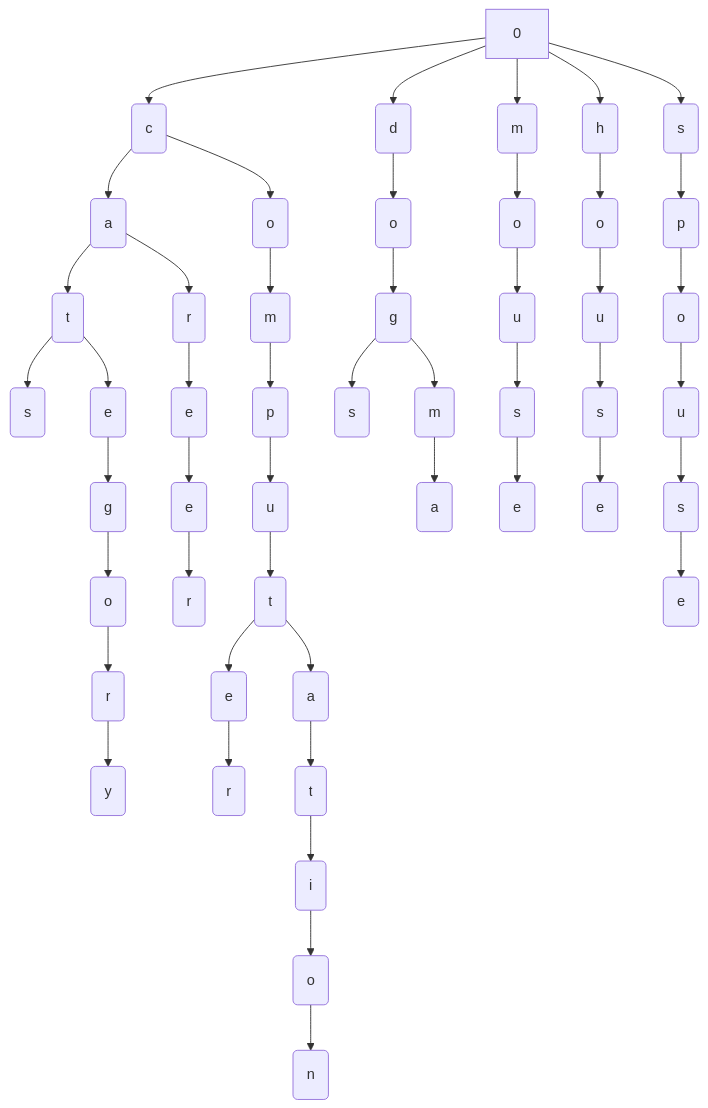
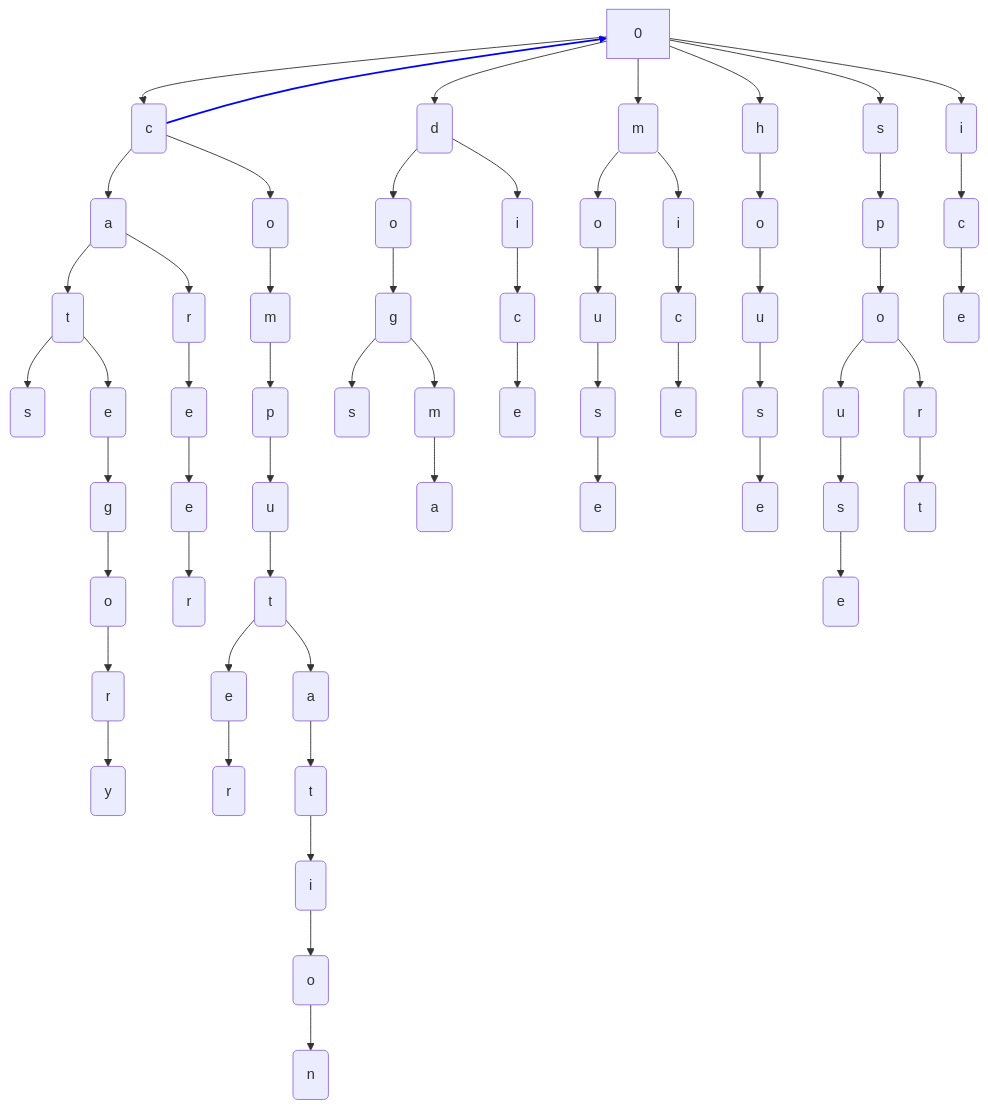
The diagram in testingAndStuff/trie.md (FrantisekI/zapoctovyProgramUctenky), drawn with Mermaid before and after one commit. The commit also changed 1 other file, not shown here.

Commit message:
second iteration

````diff
--- a/testingAndStuff/trie.md
+++ b/testingAndStuff/trie.md
@@ -1,50 +1,73 @@
 ```mermaid
+
+%% Define arrow style
+
+
+
 graph TD
 0-->1(c)
+1-->0
 0-->2(d)
 0-->3(m)
 0-->4(h)
 0-->5(s)
-1-->6(a)
-1-->7(o)
-2-->8(o)
-3-->9(o)
-4-->10(o)
-5-->11(p)
-6-->12(t)
-6-->13(r)
-7-->14(m)
-8-->15(g)
-9-->16(u)
-10-->17(u)
-11-->18(o)
-12-->19(s)
-12-->20(e)
-13-->21(e)
-14-->22(p)
-15-->23(s)
-15-->24(m)
-16-->25(s)
-17-->26(s)
-18-->27(u)
-20-->28(g)
-21-->29(e)
-22-->30(u)
-24-->31(a)
-25-->32(e)
-26-->33(e)
-27-->34(s)
-28-->35(o)
-29-->36(r)
-30-->37(t)
-34-->38(e)
-35-->39(r)
-37-->40(e)
-37-->41(a)
-39-->42(y)
-40-->43(r)
-41-->44(t)
-44-->45(i)
-45-->46(o)
-46-->47(n)
+0-->6(i)
+1-->7(a)
+1-->8(o)
+2-->9(o)
+2-->10(i)
+3-->11(o)
+3-->12(i)
+4-->13(o)
+5-->14(p)
+6-->15(c)
+7-->16(t)
+7-->17(r)
+8-->18(m)
+9-->19(g)
+10-->20(c)
+11-->21(u)
+12-->22(c)
+13-->23(u)
+14-->24(o)
+15-->25(e)
+16-->26(s)
+16-->27(e)
+17-->28(e)
+18-->29(p)
+19-->30(s)
+19-->31(m)
+20-->32(e)
+21-->33(s)
+22-->34(e)
+23-->35(s)
+24-->36(u)
+24-->37(r)
+27-->38(g)
+28-->39(e)
+29-->40(u)
+31-->41(a)
+33-->42(e)
+35-->43(e)
+36-->44(s)
+37-->45(t)
+38-->46(o)
+39-->47(r)
+40-->48(t)
+44-->49(e)
+46-->50(r)
+48-->51(e)
+48-->52(a)
+50-->53(y)
+51-->54(r)
+52-->55(t)
+55-->56(i)
+56-->57(o)
+57-->58(n)
+
+
+%% linkStyle 0 stroke:blue,stroke-width:
+linkStyle 1 stroke:blue, fill:none, stroke-width: 2px;
+
+
 ```
````
